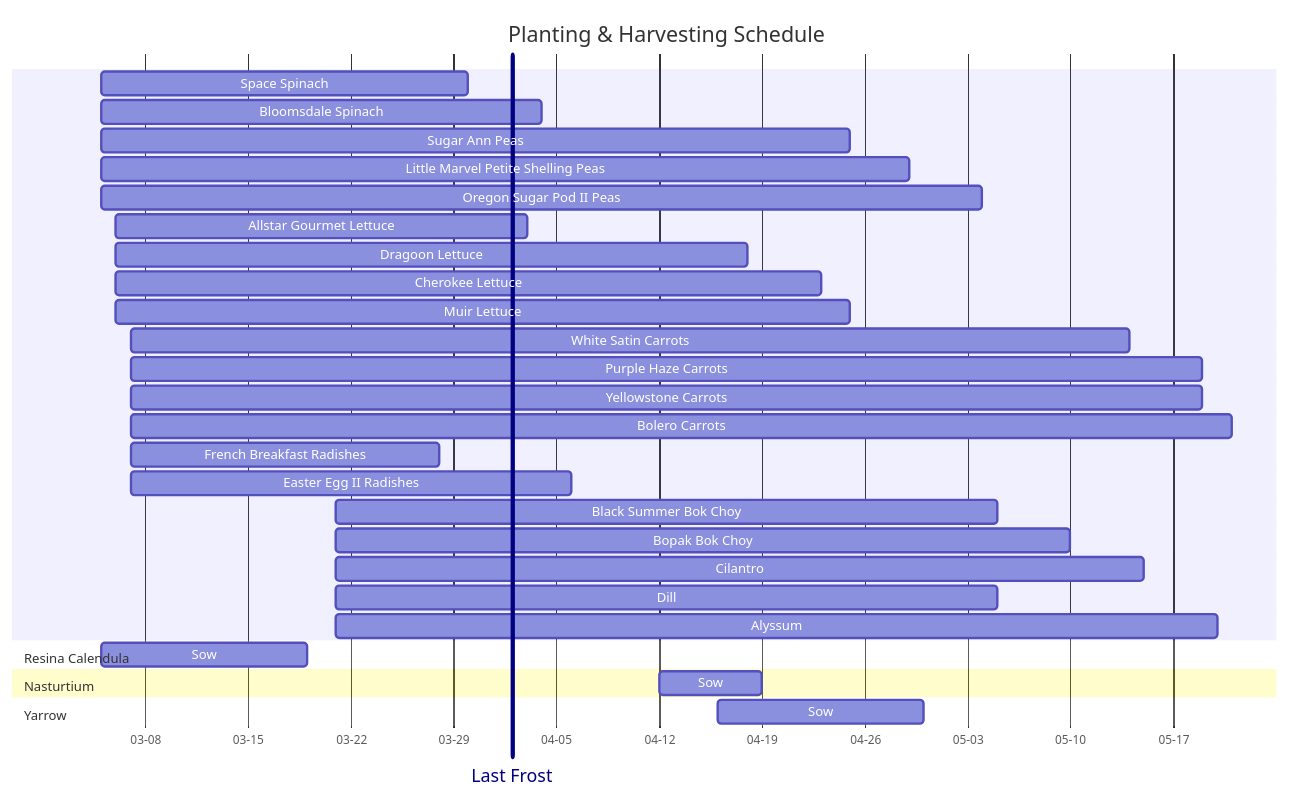
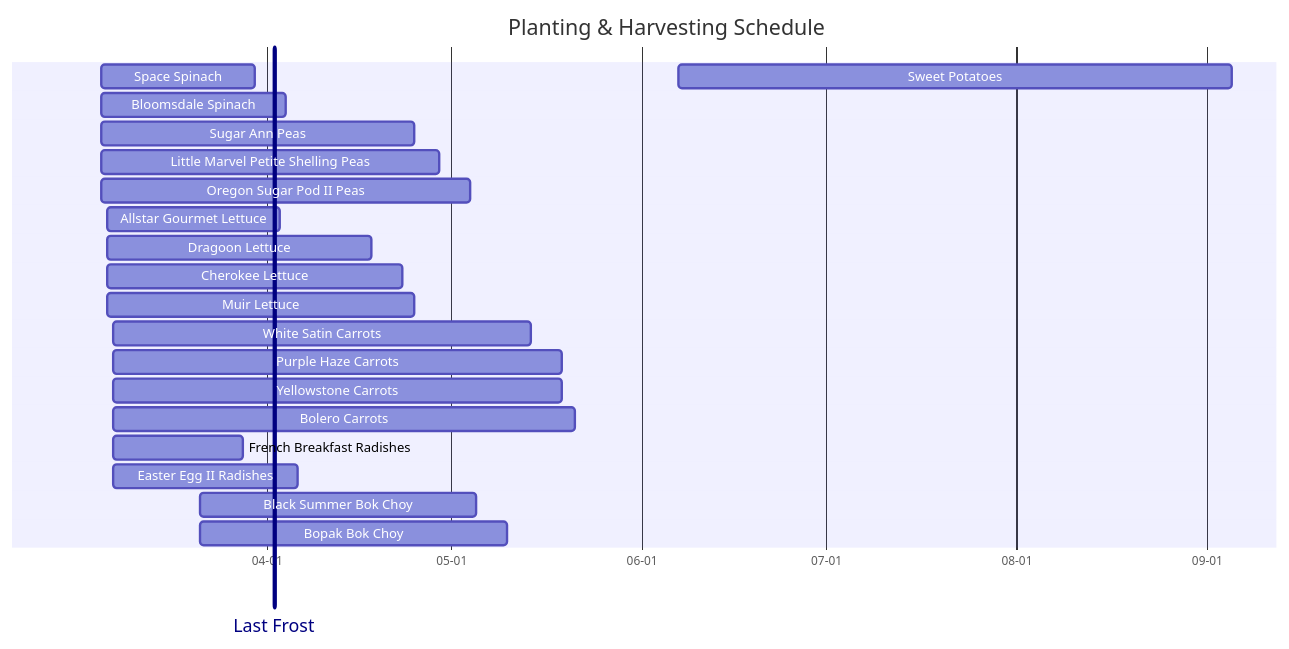
The diagram in 2026-planting-schedule.md (bjenning04/foam), drawn with Mermaid before and after one commit.

Commit message:
Jun 9, 2026, 5:28 PM

````diff
--- a/2026-planting-schedule.md
+++ b/2026-planting-schedule.md
@@ -6,36 +6,28 @@
 ```mermaid
 ---
 displayMode: compact
 ---
 gantt
     title Planting & Harvesting Schedule
     dateFormat YYYY-MM-DD
     axisFormat %m-%d
     Last Frost: vert, 2026-04-02, 0d
     Space Spinach: 2026-03-05, 25d
     Bloomsdale Spinach: 2026-03-05, 30d
     Sugar Ann Peas: 2026-03-05, 51d
     Little Marvel Petite Shelling Peas: 2026-03-05, 55d
     Oregon Sugar Pod II Peas: 2026-03-05, 60d
     Allstar Gourmet Lettuce: 2026-03-06, 28d
     Dragoon Lettuce: 2026-03-06, 43d
     Cherokee Lettuce: 2026-03-06, 48d
     Muir Lettuce: 2026-03-06, 50d
     White Satin Carrots: 2026-03-07, 68d
     Purple Haze Carrots: 2026-03-07, 73d
     Yellowstone Carrots: 2026-03-07, 73d
     Bolero Carrots: 2026-03-07, 75d
     French Breakfast Radishes: 2026-03-07, 21d
     Easter Egg II Radishes: 2026-03-07, 30d
     Black Summer Bok Choy: 2026-03-21, 45d
     Bopak Bok Choy: 2026-03-21, 50d
-    Cilantro: 2026-03-21, 55d
-    Dill: 2026-03-21, 45d
-    Alyssum: 2026-03-21, 60d
-    Section Resina Calendula
-        Sow: 2026-03-05, 14d
-    Section Nasturtium
-        Sow: 2026-04-12, 7d
-    Section Yarrow
-        Sow: 2026-04-16, 14d
+    Sweet Potatoes: 2026-06-07, 90d
 ```
````
